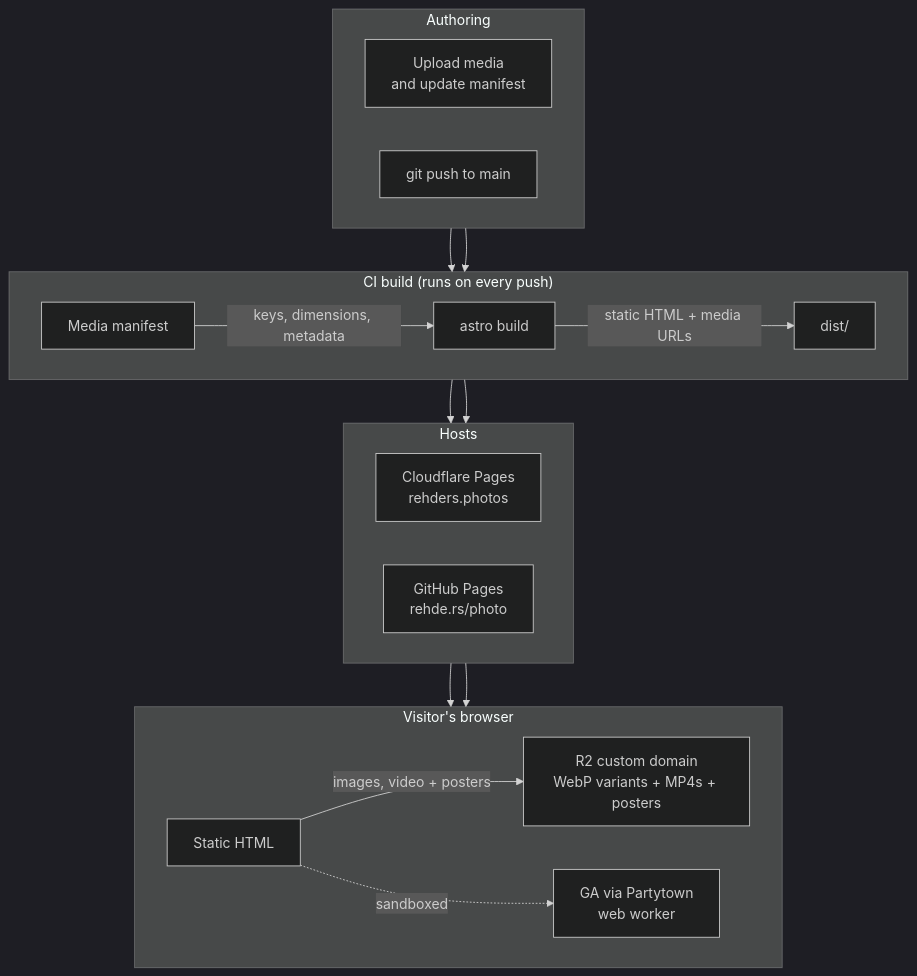
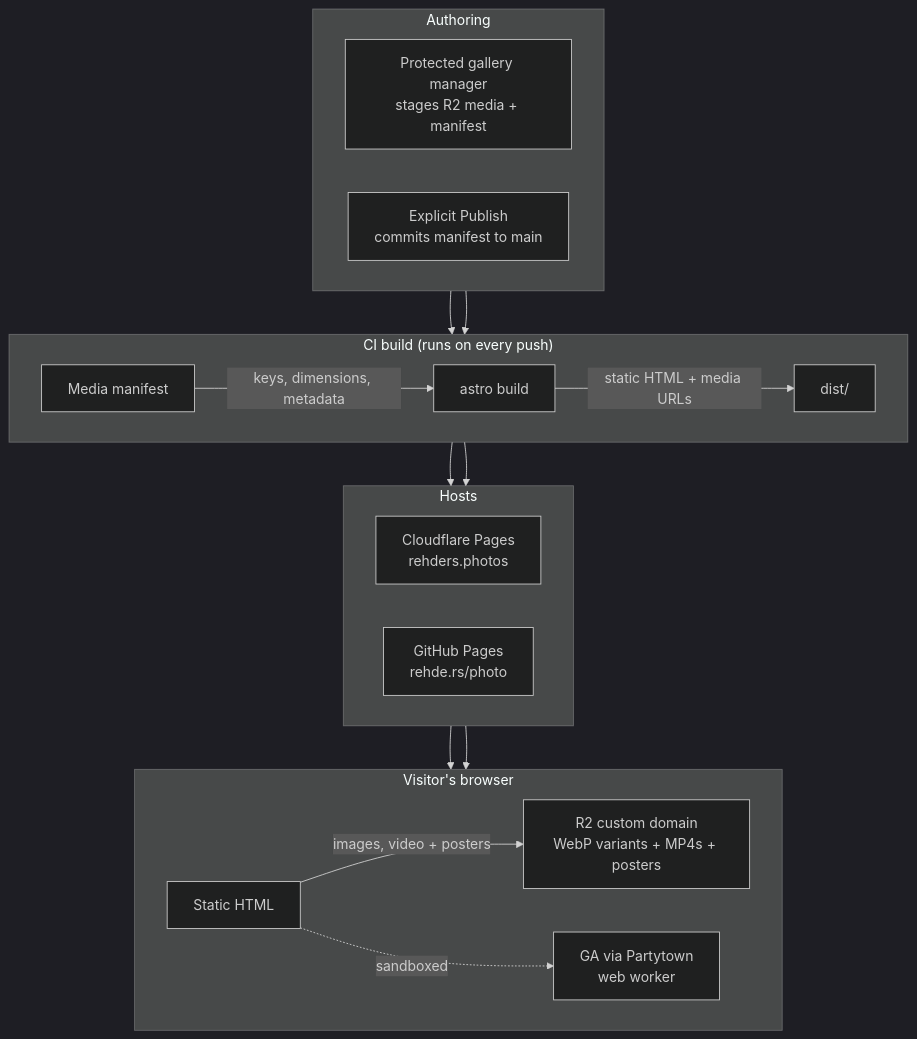
One commit to zspherez/photo changed the diagram in README.md. Above: the diagram before and after it, drawn with Mermaid (dark theme). The commit also changed other lines of this file and 25 other files, not shown here.

First line of the commit message:
Add protected gallery management

````diff
--- a/README.md
+++ b/README.md
@@ -19,39 +19,39 @@
 ```mermaid
 flowchart TD
     subgraph author["Authoring"]
         direction LR
-        upload[Upload media<br/>and update manifest]
-        commit[git push to main]
+        upload[Protected gallery manager<br/>stages R2 media + manifest]
+        commit[Explicit Publish<br/>commits manifest to main]
     end
 
     subgraph build["CI build (runs on every push)"]
         direction LR
         astro["astro build"]
         manifest[Media manifest]
         dist[dist/]
         manifest -->|keys, dimensions, metadata| astro
         astro -->|static HTML + media URLs| dist
     end
 
     subgraph hosts["Hosts"]
         direction LR
         cf[Cloudflare Pages<br/>rehders.photos]
         gh[GitHub Pages<br/>rehde.rs/photo]
     end
 
     subgraph runtime["Visitor's browser"]
         direction LR
         html[Static HTML]
         media[R2 custom domain<br/>WebP variants + MP4s + posters]
         gtm[GA via Partytown<br/>web worker]
         html -->|images, video + posters| media
         html -.->|sandboxed| gtm
     end
 
     upload --> manifest
     commit --> astro
     dist --> cf
     dist --> gh
     cf --> html
     gh --> html
 ```
````
